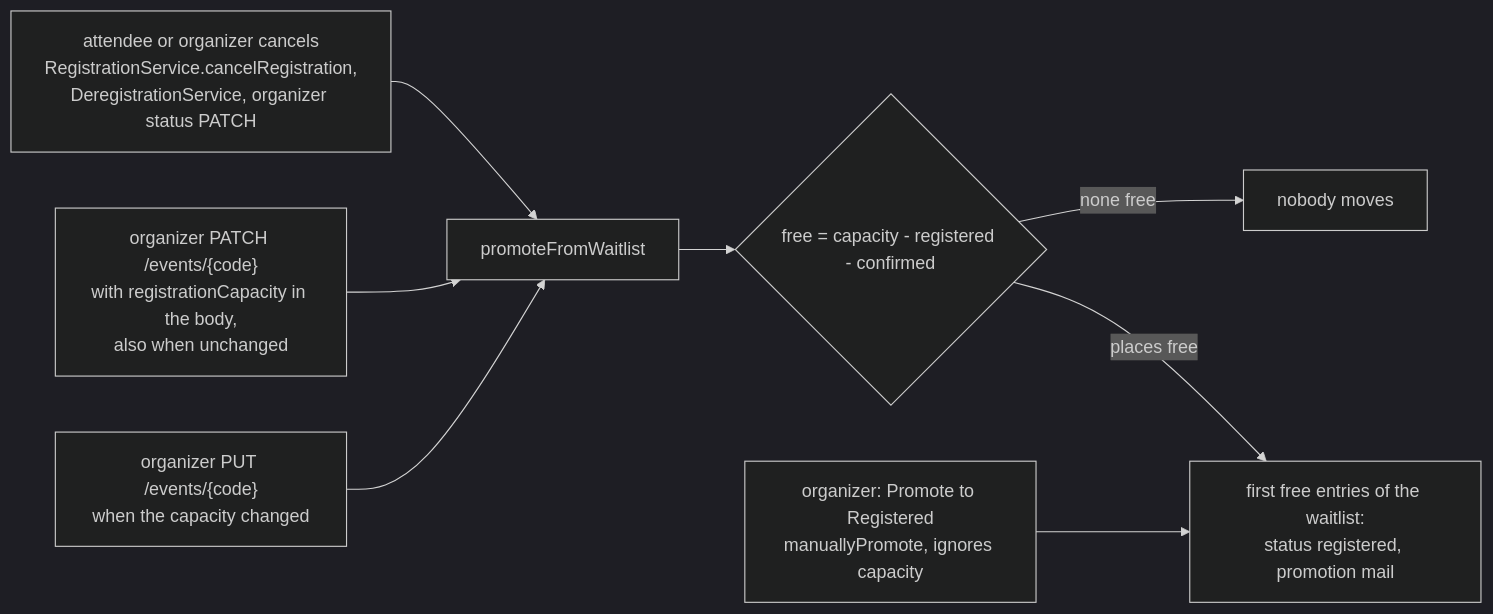
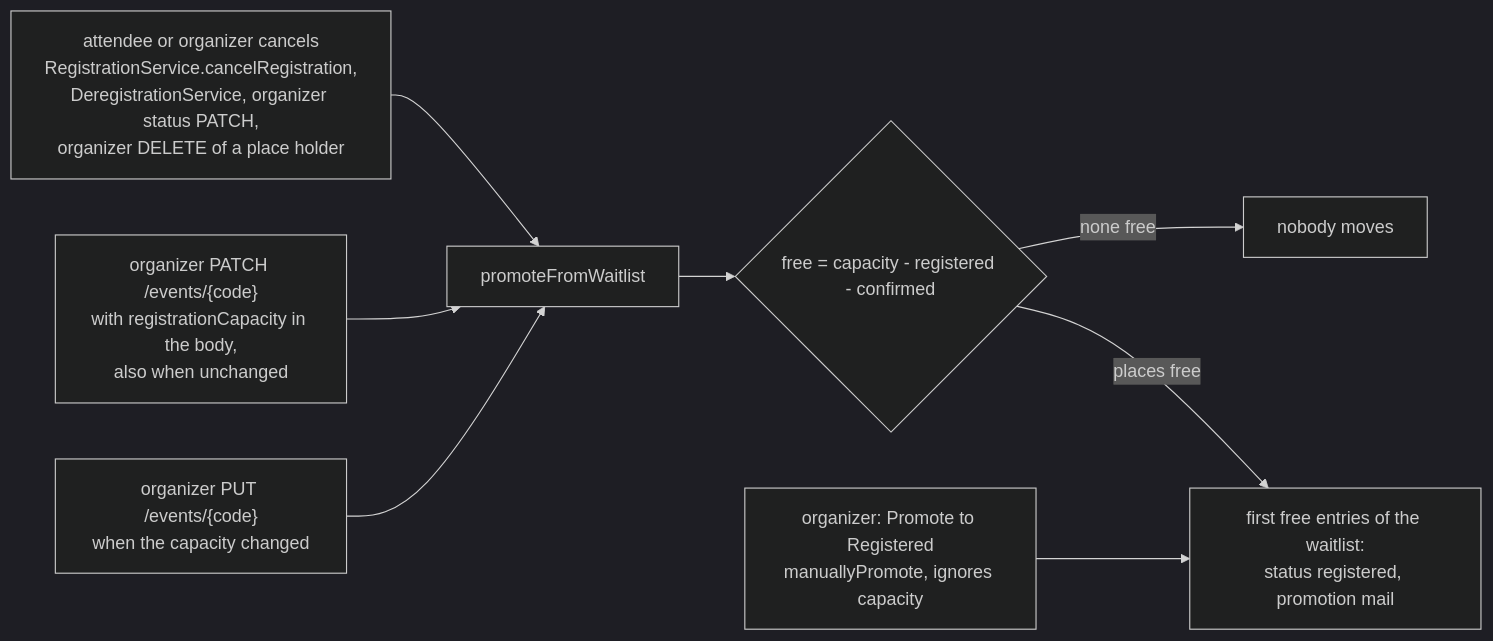
Diagram 14 of 14 in docs/architecture/06-backend-architecture.md (nissimbuchs/BATbern2), drawn with Mermaid (dark theme) before and after one commit. The commit also changed other lines of this file and 28 other files, not shown here.

````diff
--- a/docs/architecture/06-backend-architecture.md
+++ b/docs/architecture/06-backend-architecture.md
@@ -1512,10 +1524,10 @@
 ```mermaid
 flowchart LR
-    C1["attendee or organizer cancels<br/>RegistrationService.cancelRegistration,<br/>DeregistrationService, organizer status PATCH"] --> P["promoteFromWaitlist"]
+    C1["attendee or organizer cancels<br/>RegistrationService.cancelRegistration,<br/>DeregistrationService, organizer status PATCH,<br/>organizer DELETE of a place holder"] --> P["promoteFromWaitlist"]
     C2["organizer PATCH /events/{code}<br/>with registrationCapacity in the body,<br/>also when unchanged"] --> P
     C3["organizer PUT /events/{code}<br/>when the capacity changed"] --> P
     P --> F{"free = capacity - registered - confirmed"}
     F -->|"none free"| N["nobody moves"]
     F -->|"places free"| M["first free entries of the waitlist:<br/>status registered, promotion mail"]
     MAN["organizer: Promote to Registered<br/>manuallyPromote, ignores capacity"] --> M
 ```
````
